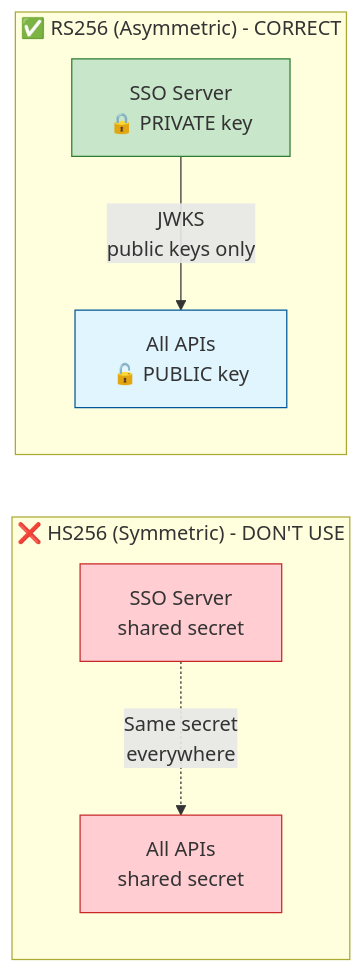
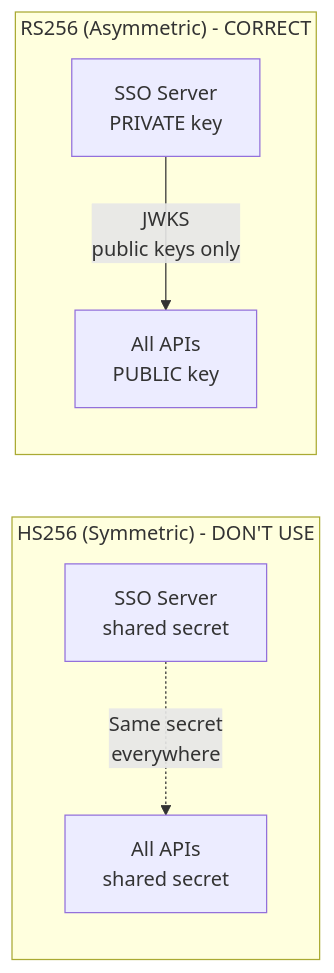
Before and after one commit to forattini-dev/s3db.js: the third of 3 diagrams in docs/plugins/identity.md, drawn with Mermaid. The commit also changed other lines of this file and 5 other files, not shown here.

First line of the commit message:
docs: remove all styles and emojis from Mermaid diagrams for dark mode compatibility

````diff
--- a/docs/plugins/identity.md
+++ b/docs/plugins/identity.md
@@ -1399,22 +1394,18 @@
 ```mermaid
 graph LR
-    subgraph "❌ HS256 (Symmetric) - DON'T USE"
+    subgraph "HS256 (Symmetric) - DON'T USE"
         SSO_H[SSO Server<br/>shared secret]
         API_H[All APIs<br/>shared secret]
 
         SSO_H -.->|Same secret<br/>everywhere| API_H
 
-        style SSO_H fill:#ffcdd2,stroke:#c62828
-        style API_H fill:#ffcdd2,stroke:#c62828
     end
 
-    subgraph "✅ RS256 (Asymmetric) - CORRECT"
-        SSO_R[SSO Server<br/>🔒 PRIVATE key]
-        API_R[All APIs<br/>🔓 PUBLIC key]
+    subgraph "RS256 (Asymmetric) - CORRECT"
+        SSO_R[SSO Server<br/>PRIVATE key]
+        API_R[All APIs<br/>PUBLIC key]
 
         SSO_R -->|JWKS<br/>public keys only| API_R
 
-        style SSO_R fill:#c8e6c9,stroke:#2e7d32
-        style API_R fill:#e1f5fe,stroke:#01579b
     end
 ```
````
